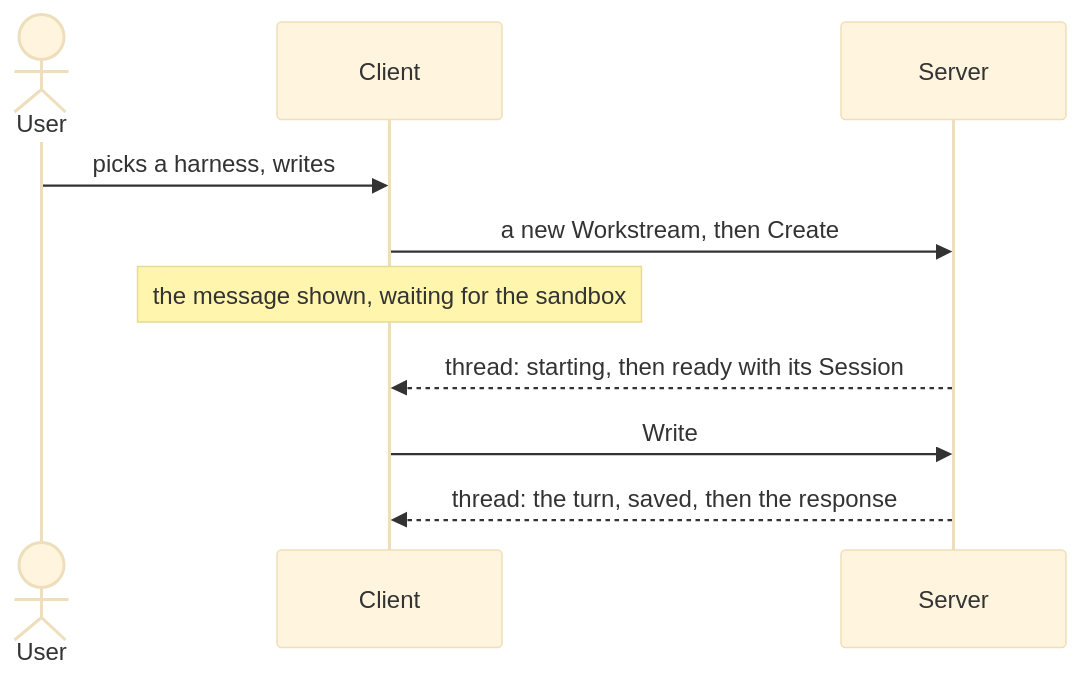
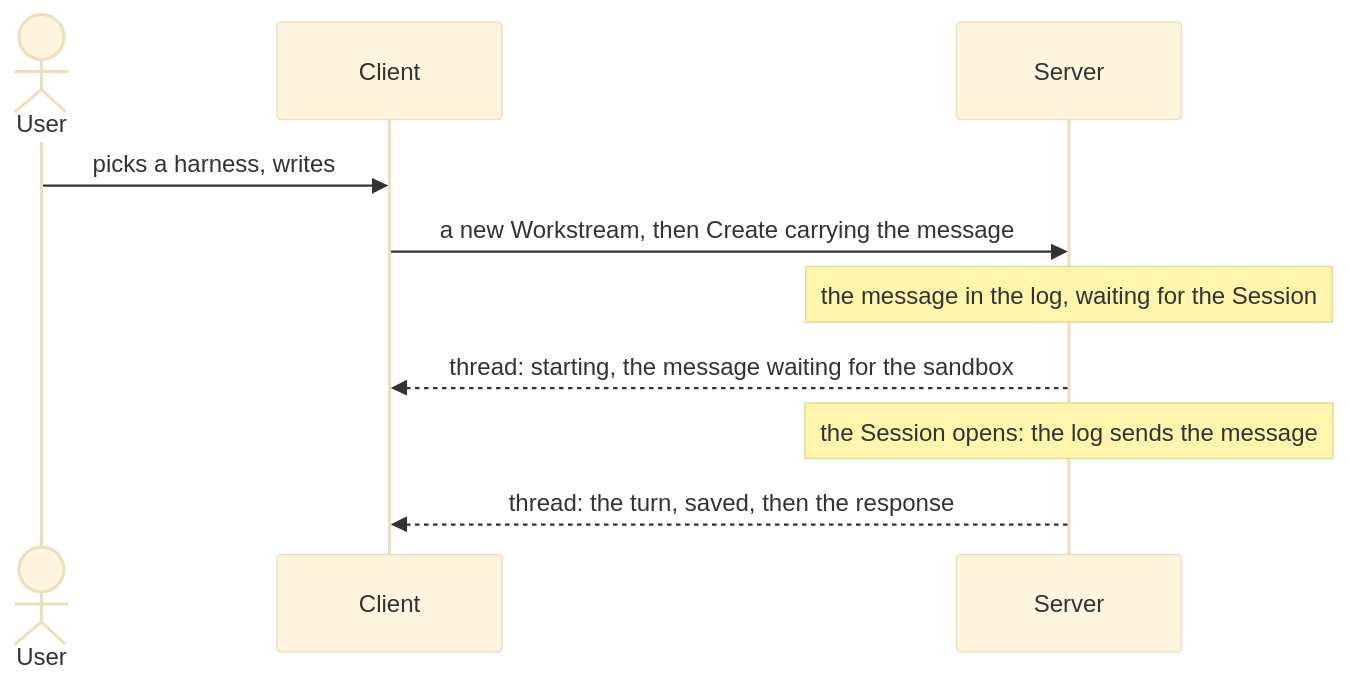
The third of 3 diagrams in docs/architecture/client.md (arnaultbretagne/agora), drawn with Mermaid (base theme) before and after one commit. The commit also changed other lines of this file and 17 other files, not shown here.

First line of the commit message:
The message that starts an execution travels with its Create (#201)

````diff
--- a/docs/architecture/client.md
+++ b/docs/architecture/client.md
@@ -58,12 +58,12 @@
 ```mermaid
 sequenceDiagram
     actor User
     participant Client
     participant Server
     User->>Client: picks a harness, writes
-    Client->>Server: a new Workstream, then Create
-    Note over Client: the message shown, waiting for the sandbox
-    Server-->>Client: thread: starting, then ready with its Session
-    Client->>Server: Write
+    Client->>Server: a new Workstream, then Create carrying the message
+    Note over Server: the message in the log, waiting for the Session
+    Server-->>Client: thread: starting, the message waiting for the sandbox
+    Note over Server: the Session opens: the log sends the message
     Server-->>Client: thread: the turn, saved, then the response
 ```
````
